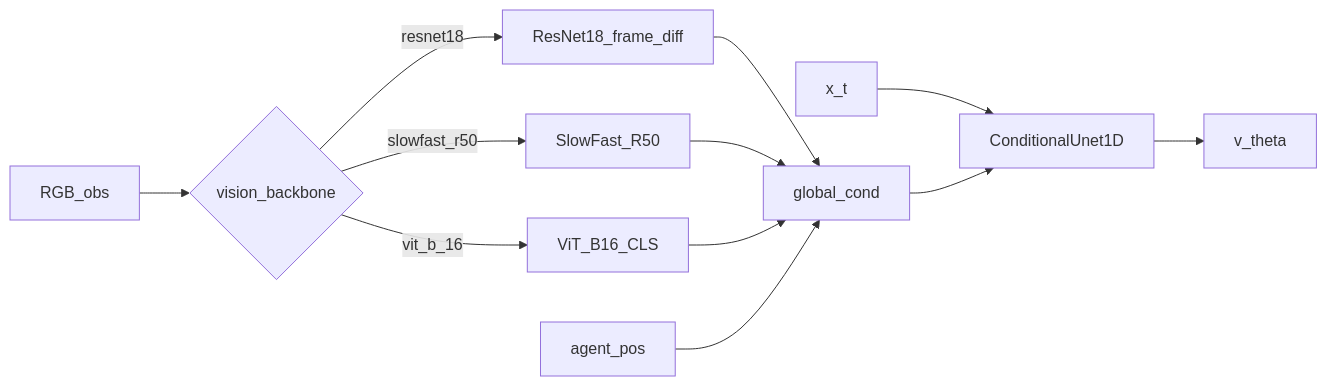
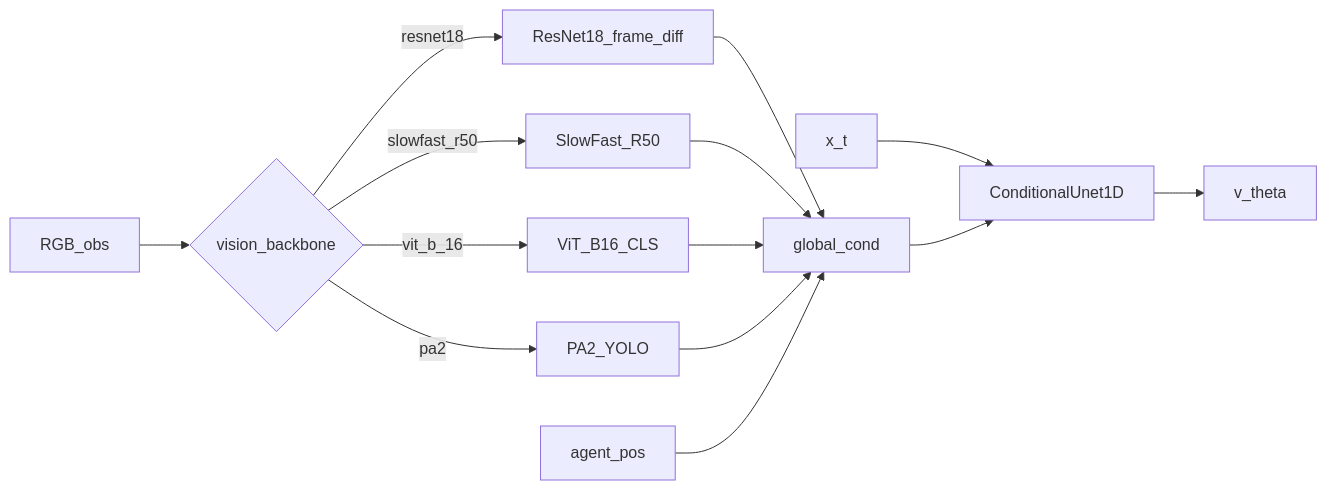
Before and after one commit to chenton197-spec/va: the diagram in robotfm/policies/ARCHITECTURE.md, drawn with Mermaid. The commit also changed other lines of this file and 14 other files, not shown here.

````diff
--- a/robotfm/policies/ARCHITECTURE.md
+++ b/robotfm/policies/ARCHITECTURE.md
@@ -24,14 +25,16 @@
 ```mermaid
 flowchart LR
   imgs[RGB_obs] --> backbone{vision_backbone}
   backbone -->|resnet18| resnet[ResNet18_frame_diff]
   backbone -->|slowfast_r50| sf[SlowFast_R50]
   backbone -->|vit_b_16| vit[ViT_B16_CLS]
+  backbone -->|pa2| pa2[PA2_YOLO]
   resnet --> cond[global_cond]
   sf --> cond
   vit --> cond
+  pa2 --> cond
   state[agent_pos] --> cond
   noise[x_t] --> unet[ConditionalUnet1D]
   cond --> unet
   unet --> vel[v_theta]
 ```
````
